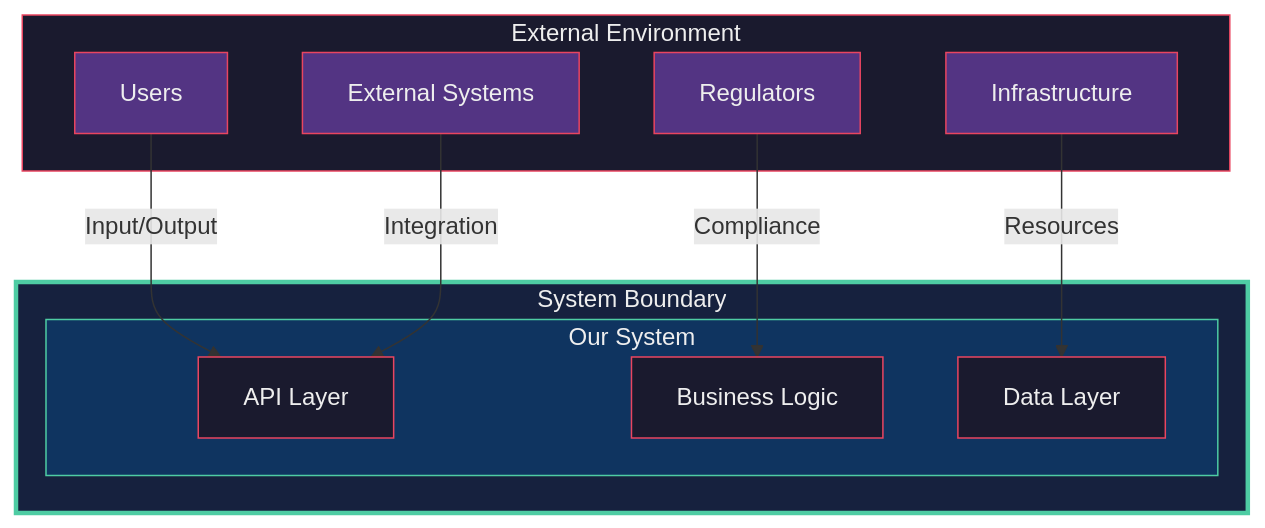
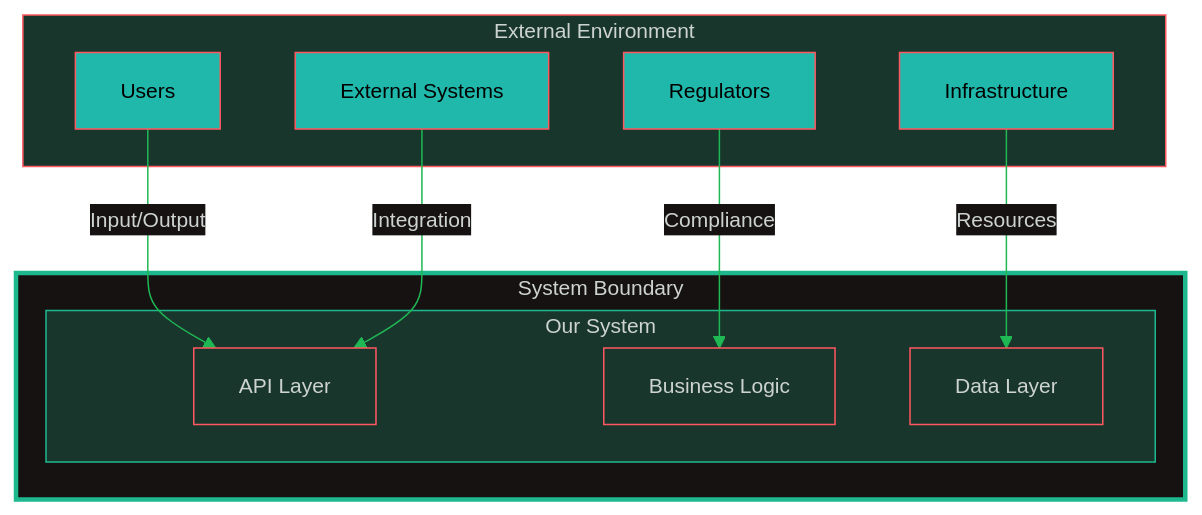
One commit to oat431/swe-knowledge changed the eighth of 9 diagrams in computing-foundation-note/Fundamental/00 Basic Concepts of a System.md. Above: the diagram before and after it, drawn with Mermaid. The commit also changed other lines of this file and 139 other files, not shown here.

````diff
--- a/computing-foundation-note/Fundamental/00 Basic Concepts of a System.md
+++ b/computing-foundation-note/Fundamental/00 Basic Concepts of a System.md
@@ -640,32 +654,33 @@
 ```mermaid
+%%{init: {'theme':'base','themeVariables':{'primaryColor':'#19362D','primaryTextColor':'#CDD3D1','primaryBorderColor':'#1FB854','lineColor':'#1FB854','secondaryColor':'#161212','tertiaryColor':'#1B1717','background':'#1B1717','mainBkg':'#19362D','nodeBorder':'#1FB854','clusterBkg':'#161212','clusterBorder':'#19362D','titleColor':'#1FB854','edgeLabelBackground':'#161212','fontSize':'14px'}}}%%
 flowchart TB
     subgraph ENV["External Environment"]
         USER["Users"]
         EXT["External Systems"]
         REG["Regulators"]
         INFRA["Infrastructure"]
     end
     subgraph BOUNDARY["System Boundary"]
         subgraph SYS["Our System"]
             API["API Layer"]
             BIZ["Business Logic"]
             DATA["Data Layer"]
         end
     end
     
     USER -->|"Input/Output"| API
     EXT -->|"Integration"| API
     REG -->|"Compliance"| BIZ
     INFRA -->|"Resources"| DATA
     
-    style ENV fill:#1a1a2e,stroke:#e94560,color:#eee
-    style BOUNDARY fill:#16213e,stroke:#4ecca3,color:#eee,stroke-width:3px
-    style SYS fill:#0f3460,stroke:#4ecca3,color:#eee
-    style USER fill:#533483,stroke:#e94560,color:#eee
-    style EXT fill:#533483,stroke:#e94560,color:#eee
-    style REG fill:#533483,stroke:#e94560,color:#eee
-    style INFRA fill:#533483,stroke:#e94560,color:#eee
-    style API fill:#1a1a2e,stroke:#e94560,color:#eee
-    style BIZ fill:#1a1a2e,stroke:#e94560,color:#eee
-    style DATA fill:#1a1a2e,stroke:#e94560,color:#eee
+    style ENV fill:#19362D,stroke:#FF5861,color:#CDD3D1
+    style BOUNDARY fill:#161212,stroke:#1EB88E,color:#CDD3D1,stroke-width:3px
+    style SYS fill:#19362D,stroke:#1EB88E,color:#CDD3D1
+    style USER fill:#1FB8AB,stroke:#FF5861,color:#000000
+    style EXT fill:#1FB8AB,stroke:#FF5861,color:#000000
+    style REG fill:#1FB8AB,stroke:#FF5861,color:#000000
+    style INFRA fill:#1FB8AB,stroke:#FF5861,color:#000000
+    style API fill:#19362D,stroke:#FF5861,color:#CDD3D1
+    style BIZ fill:#19362D,stroke:#FF5861,color:#CDD3D1
+    style DATA fill:#19362D,stroke:#FF5861,color:#CDD3D1
 ```
````
